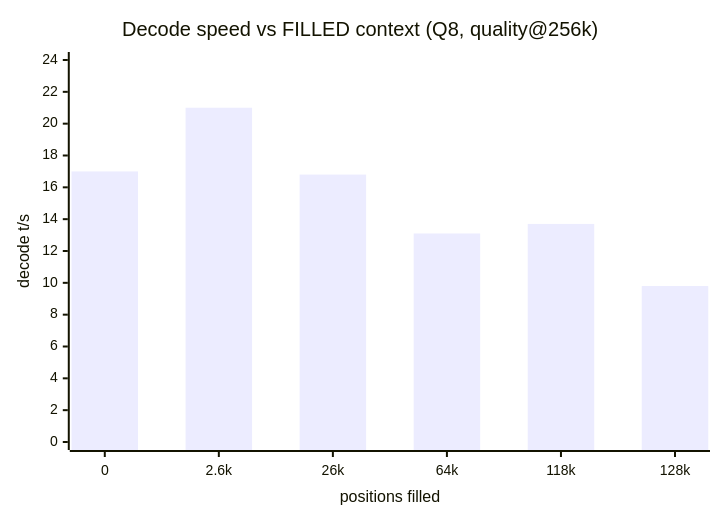
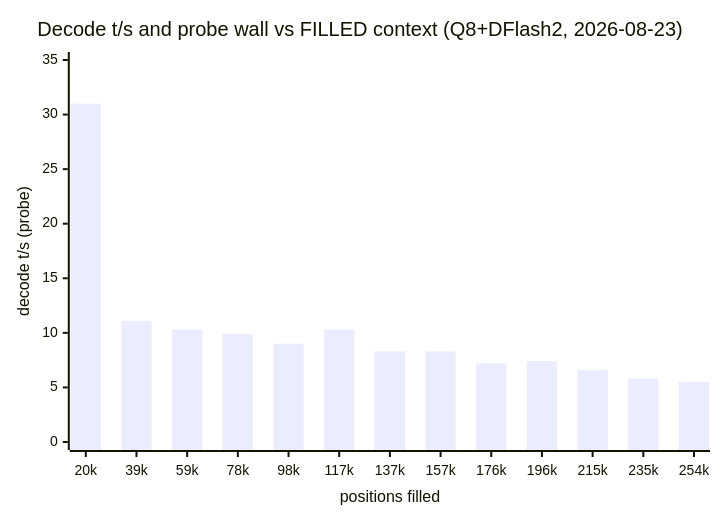
Before and after one commit to PieBru/Qwen-3.8-27B_Strix-Halo_gfx1151: the second of 3 diagrams in README.md, drawn with Mermaid. The commit also changed other lines of this file and 6 other files, not shown here.

````diff
--- a/README.md
+++ b/README.md
@@ -256,7 +271,7 @@
 ```mermaid
 xychart-beta
-    title "Decode speed vs FILLED context (Q8, quality@256k)"
-    x-axis "positions filled" ["0", "2.6k", "26k", "64k", "118k", "128k"]
-    y-axis "decode t/s" 0 --> 24
-    bar [17, 21, 16.8, 13.1, 13.7, 9.8]
+    title "Decode t/s and probe wall vs FILLED context (Q8+DFlash2, 2026-08-23)"
+    x-axis "positions filled" ["20k","39k","59k","78k","98k","117k","137k","157k","176k","196k","215k","235k","254k"]
+    y-axis "decode t/s (probe)" 0 --> 35
+    bar [31.0, 11.1, 10.3, 9.9, 9.0, 10.3, 8.3, 8.3, 7.2, 7.4, 6.6, 5.8, 5.5]
 ```
````
